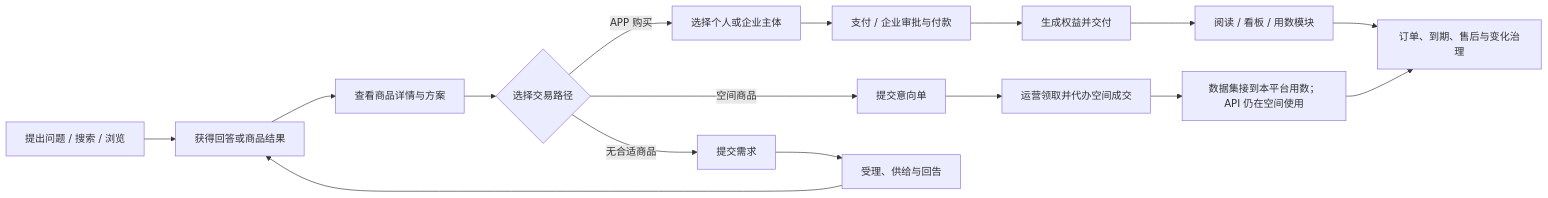
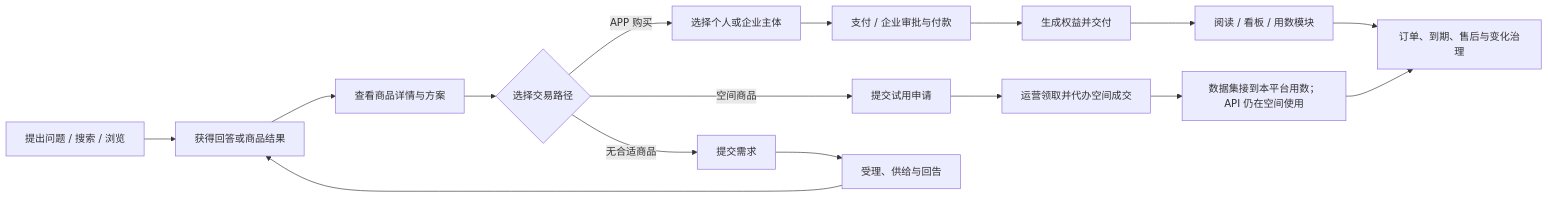
Before and after one commit to jiangcece20-jpg/data-asset-platform: the first of 2 diagrams in docs/product/2026-08-03-对外APP找数买数用数-完整模块PRD.md, drawn with Mermaid. The commit also changed other lines of this file and 88 other files, not shown here.

````diff
--- a/docs/product/2026-08-03-对外APP找数买数用数-完整模块PRD.md
+++ b/docs/product/2026-08-03-对外APP找数买数用数-完整模块PRD.md
@@ -374,18 +374,18 @@
 ```mermaid
 flowchart LR
     A["提出问题 / 搜索 / 浏览"] --> B["获得回答或商品结果"]
     B --> C["查看商品详情与方案"]
     C --> D{"选择交易路径"}
     D -->|"APP 购买"| E["选择个人或企业主体"]
-    D -->|"空间商品"| F["提交意向单"]
+    D -->|"空间商品"| F["提交试用申请"]
     D -->|"无合适商品"| G["提交需求"]
     E --> H["支付 / 企业审批与付款"]
     H --> I["生成权益并交付"]
     F --> J["运营领取并代办空间成交"]
     J --> K["数据集接到本平台用数；API 仍在空间使用"]
     I --> L["阅读 / 看板 / 用数模块"]
     G --> M["受理、供给与回告"]
     L --> N["订单、到期、售后与变化治理"]
     K --> N
     M --> B
 ```
````
